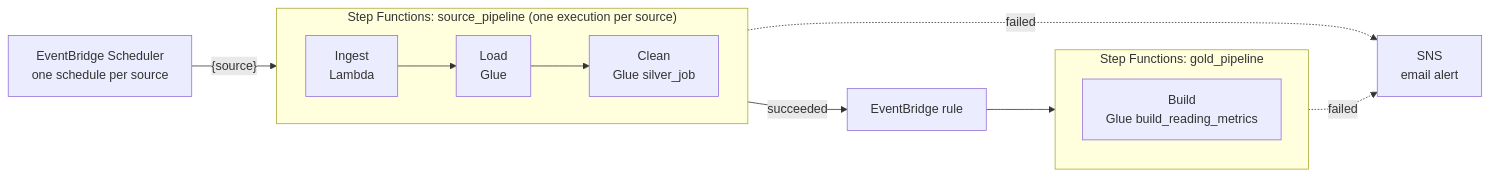
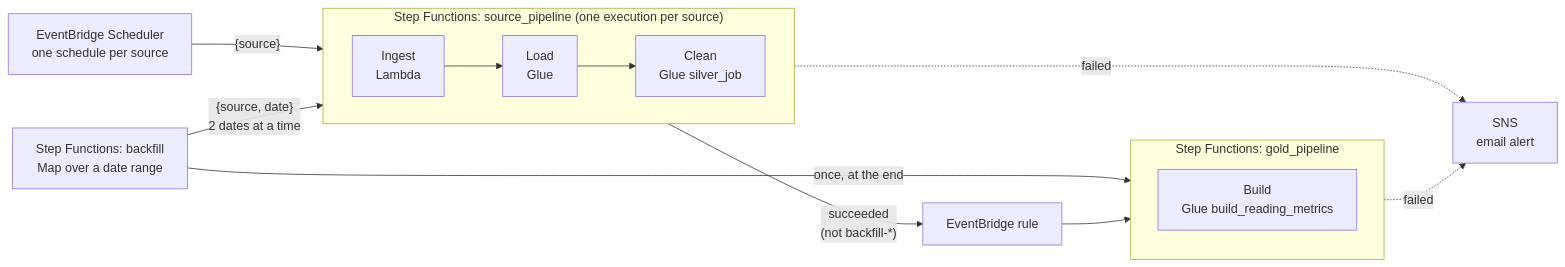
Before and after one commit to matiastulli/aws-terraform-glue-iceberg-medallion: the second of 2 diagrams in README.md, drawn with Mermaid. The commit also changed other lines of this file and 5 other files, not shown here.

First line of the commit message:
Step 5: backfill a date range as one source_pipeline execution per date

````diff
--- a/README.md
+++ b/README.md
@@ -36,18 +36,20 @@
 ```mermaid
 flowchart LR
     sched["EventBridge Scheduler<br/>one schedule per source"] -- "{source}" --> sp
+    bf["Step Functions: backfill<br/>Map over a date range"] -- "{source, date}<br/>2 dates at a time" --> sp
+    bf -- "once, at the end" --> gp
 
     subgraph sp["Step Functions: source_pipeline (one execution per source)"]
         direction LR
         i["Ingest<br/>Lambda"] --> l["Load<br/>Glue"] --> c["Clean<br/>Glue silver_job"]
     end
 
-    sp -- succeeded --> rule["EventBridge rule"] --> gp
+    sp -- "succeeded<br/>(not backfill-*)" --> rule["EventBridge rule"] --> gp
 
     subgraph gp["Step Functions: gold_pipeline"]
         b["Build<br/>Glue build_reading_metrics"]
     end
 
     sp -. failed .-> sns["SNS<br/>email alert"]
     gp -. failed .-> sns
 ```
````
